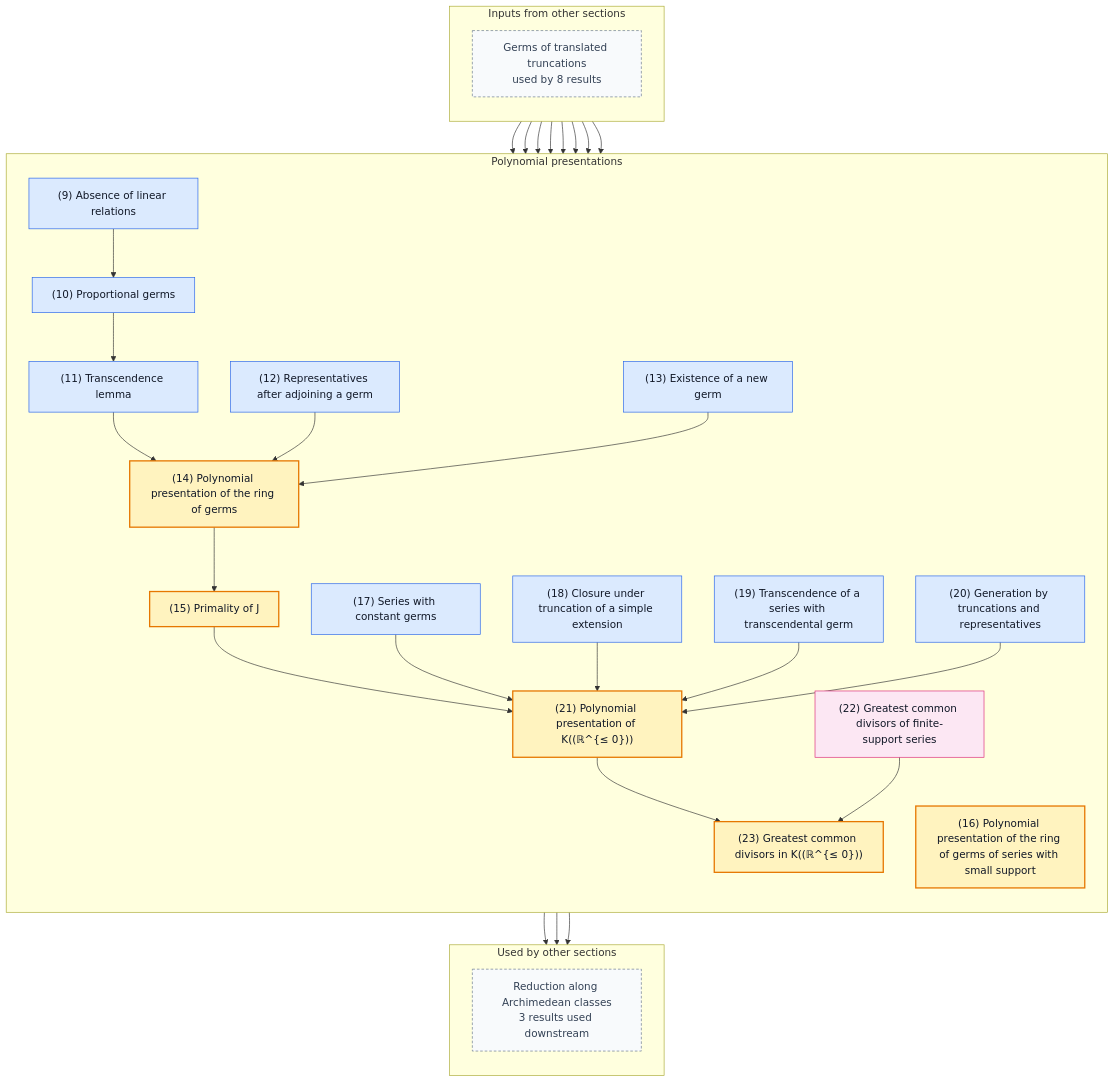
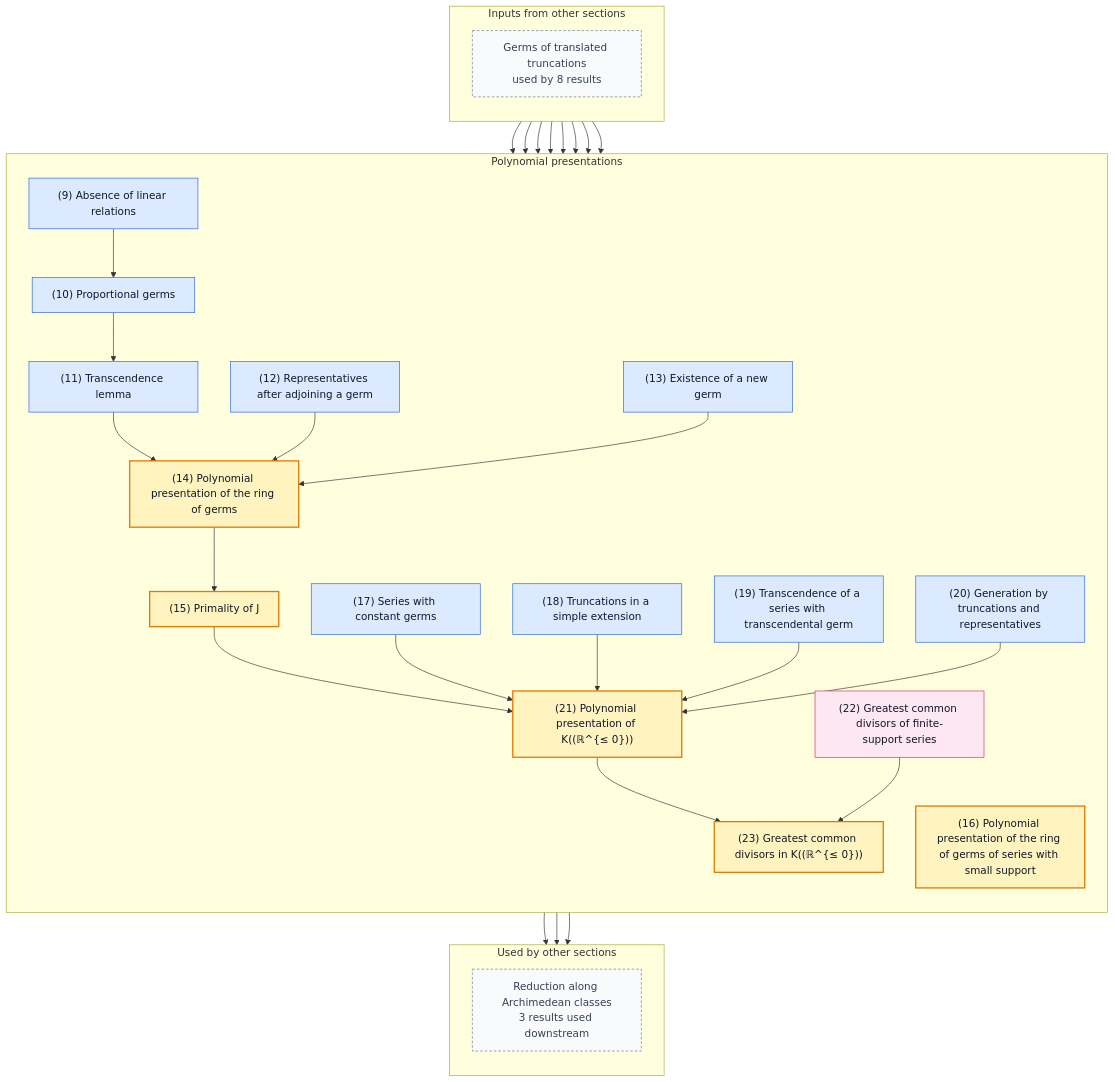
One commit to gaearon/conway-refinement changed the third of 5 diagrams in README.md. Above: the diagram before and after it, drawn with Mermaid. The commit also changed other lines of this file and 3 other files, not shown here.

````diff
--- a/README.md
+++ b/README.md
@@ -249,80 +249,80 @@
 ```mermaid
 %% Generated by scripts/blueprint.sh; do not edit.
 %% Other sections are compressed to boundary nodes.
 %% Solid arrows are proof dependencies; dashed arrows are statement dependencies.
 flowchart TB
   subgraph inputs["Inputs from other sections"]
     direction TB
     in0["Germs of translated truncations<br/>used by 8 results"]:::boundary
   end
   subgraph current["Polynomial presentations"]
     direction TB
     n009["(9) Absence of linear relations"]:::lemma
     n010["(10) Proportional germs"]:::lemma
     n011["(11) Transcendence lemma"]:::lemma
     n012["(12) Representatives after adjoining a germ"]:::lemma
     n013["(13) Existence of a new germ"]:::lemma
     n014["(14) Polynomial presentation of the ring of germs"]:::theorem
     n015["(15) Primality of J"]:::theorem
     n016["(16) Polynomial presentation of the ring of germs of series with small support"]:::theorem
     n017["(17) Series with constant germs"]:::lemma
-    n018["(18) Closure under truncation of a simple extension"]:::lemma
+    n018["(18) Truncations in a simple extension"]:::lemma
     n019["(19) Transcendence of a series with transcendental germ"]:::lemma
     n020["(20) Generation by truncations and representatives"]:::lemma
     n021["(21) Polynomial presentation of K((ℝ^{≤ 0}))"]:::theorem
     n022["(22) Greatest common divisors of finite-support series"]:::fact
     n023["(23) Greatest common divisors in K((ℝ^{≤ 0}))"]:::theorem
   end
   subgraph outputs["Used by other sections"]
     direction TB
     out0["Reduction along Archimedean classes<br/>3 results used downstream"]:::boundary
   end
 
   n009 --> n010
   n010 --> n011
   n011 --> n014
   n012 --> n014
   n013 --> n014
   n014 --> n015
   n015 --> n021
   n017 --> n021
   n018 --> n021
   n019 --> n021
   n020 --> n021
   n021 --> n023
   n022 --> n023
   in0 --> n009
   in0 --> n012
   in0 --> n013
   in0 --> n016
   in0 --> n017
   in0 --> n018
   in0 --> n019
   in0 --> n020
   n023 --> out0
   n016 --> out0
   n014 --> out0
   click n009 "https://gaearon.github.io/conway-refinement/#/result/no-linear-relation" "Open the statement for lemma 9"
   click n010 "https://gaearon.github.io/conway-refinement/#/result/proportionality" "Open the statement for lemma 10"
   click n011 "https://gaearon.github.io/conway-refinement/#/result/transcendence" "Open the statement for lemma 11"
   click n012 "https://gaearon.github.io/conway-refinement/#/result/representatives-adjoin" "Open the statement for lemma 12"
   click n013 "https://gaearon.github.io/conway-refinement/#/result/new-germ" "Open the statement for lemma 13"
   click n014 "https://gaearon.github.io/conway-refinement/#/result/complete-hahn-germ-polynomial-algebra" "Open the statement for theorem 14"
   click n015 "https://gaearon.github.io/conway-refinement/#/result/bounded-away-ideal-prime" "Open the statement for theorem 15"
   click n016 "https://gaearon.github.io/conway-refinement/#/result/bounded-hahn-germ-polynomial-algebra" "Open the statement for theorem 16"
   click n017 "https://gaearon.github.io/conway-refinement/#/result/constant-germs-finite-support" "Open the statement for lemma 17"
   click n018 "https://gaearon.github.io/conway-refinement/#/result/truncations-of-simple-extension" "Open the statement for lemma 18"
   click n019 "https://gaearon.github.io/conway-refinement/#/result/transcendental-series" "Open the statement for lemma 19"
   click n020 "https://gaearon.github.io/conway-refinement/#/result/series-generation" "Open the statement for lemma 20"
   click n021 "https://gaearon.github.io/conway-refinement/#/result/hahn-series-polynomial-algebra" "Open the statement for theorem 21"
   click n022 "https://gaearon.github.io/conway-refinement/#/result/finite-support-hahn-gcd" "Open the statement for fact 22"
   click n023 "https://gaearon.github.io/conway-refinement/#/result/hahn-series-gcd-domain" "Open the statement for theorem 23"
 
   classDef theorem fill:#fff3bf,stroke:#e67700,stroke-width:2px,color:#111827
   classDef definition fill:#f3f4f6,stroke:#4b5563,color:#111827
   classDef lemma fill:#dbeafe,stroke:#2563eb,color:#111827
   classDef proposition fill:#ede9fe,stroke:#7c3aed,color:#111827
   classDef corollary fill:#dcfce7,stroke:#16a34a,color:#111827
   classDef fact fill:#fce7f3,stroke:#db2777,color:#111827
   classDef boundary fill:#f8fafc,stroke:#64748b,stroke-dasharray:4 3,color:#334155
 ```
````
